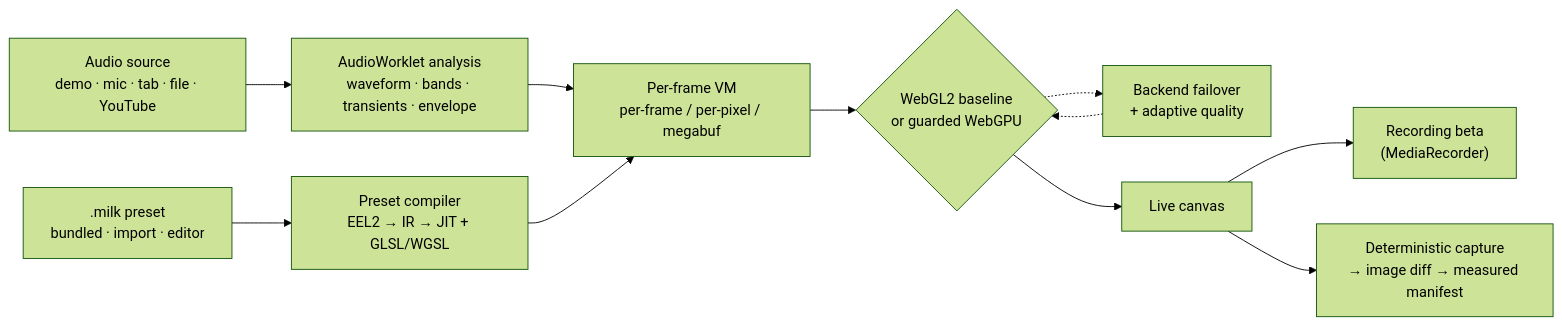
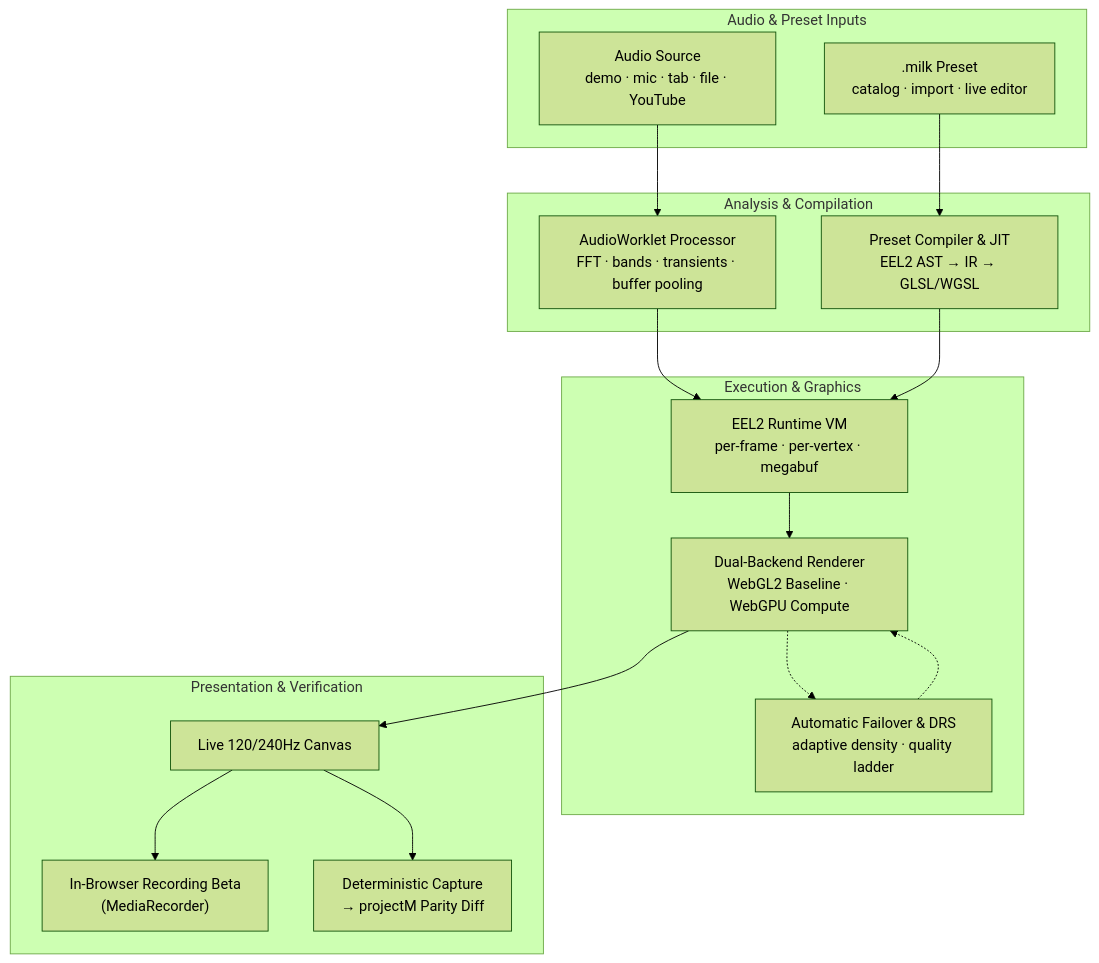
The diagram in README.md (zz-plant/stims), drawn with Mermaid (forest theme) before and after one commit. The commit also changed other lines of this file and 8 other files, not shown here.

Commit message:
docs(readme): highlight core capabilities, animated galleries, architecture, and live studio workflow

````diff
--- a/README.md
+++ b/README.md
@@ -155,12 +176,34 @@
 ```mermaid
-flowchart LR
-  Audio["Audio source<br/>demo · mic · tab · file · YouTube"] --> Worklet["AudioWorklet analysis<br/>waveform · bands · transients · envelope"]
-  Milk[".milk preset<br/>bundled · import · editor"] --> Compiler["Preset compiler<br/>EEL2 → IR → JIT + GLSL/WGSL"]
-  Worklet --> VM["Per-frame VM<br/>per-frame / per-pixel / megabuf"]
+flowchart TB
+  subgraph InputLayer ["Audio & Preset Inputs"]
+    Audio["Audio Source<br/>demo · mic · tab · file · YouTube"]
+    Milk[".milk Preset<br/>catalog · import · live editor"]
+  end
+
+  subgraph ProcessingLayer ["Analysis & Compilation"]
+    Worklet["AudioWorklet Processor<br/>FFT · bands · transients · buffer pooling"]
+    Compiler["Preset Compiler & JIT<br/>EEL2 AST → IR → GLSL/WGSL"]
+  end
+
+  subgraph RuntimeLayer ["Execution & Graphics"]
+    VM["EEL2 Runtime VM<br/>per-frame · per-vertex · megabuf"]
+    Renderer["Dual-Backend Renderer<br/>WebGL2 Baseline · WebGPU Compute"]
+    Fallback["Automatic Failover & DRS<br/>adaptive density · quality ladder"]
+  end
+
+  subgraph OutputLayer ["Presentation & Verification"]
+    Canvas["Live 120/240Hz Canvas"]
+    Record["In-Browser Recording Beta<br/>(MediaRecorder)"]
+    Diff["Deterministic Capture<br/>→ projectM Parity Diff"]
+  end
+
+  Audio --> Worklet
+  Milk --> Compiler
+  Worklet --> VM
   Compiler --> VM
-  VM --> Render{"WebGL2 baseline<br/>or guarded WebGPU"}
-  Render -.-> Fallback["Backend failover<br/>+ adaptive quality"] -.-> Render
-  Render --> Canvas["Live canvas"]
-  Canvas --> Record["Recording beta<br/>(MediaRecorder)"]
-  Canvas --> Capture["Deterministic capture<br/>→ image diff → measured manifest"]
+  VM --> Renderer
+  Renderer -.-> Fallback -.-> Renderer
+  Renderer --> Canvas
+  Canvas --> Record
+  Canvas --> Diff
 ```
````
